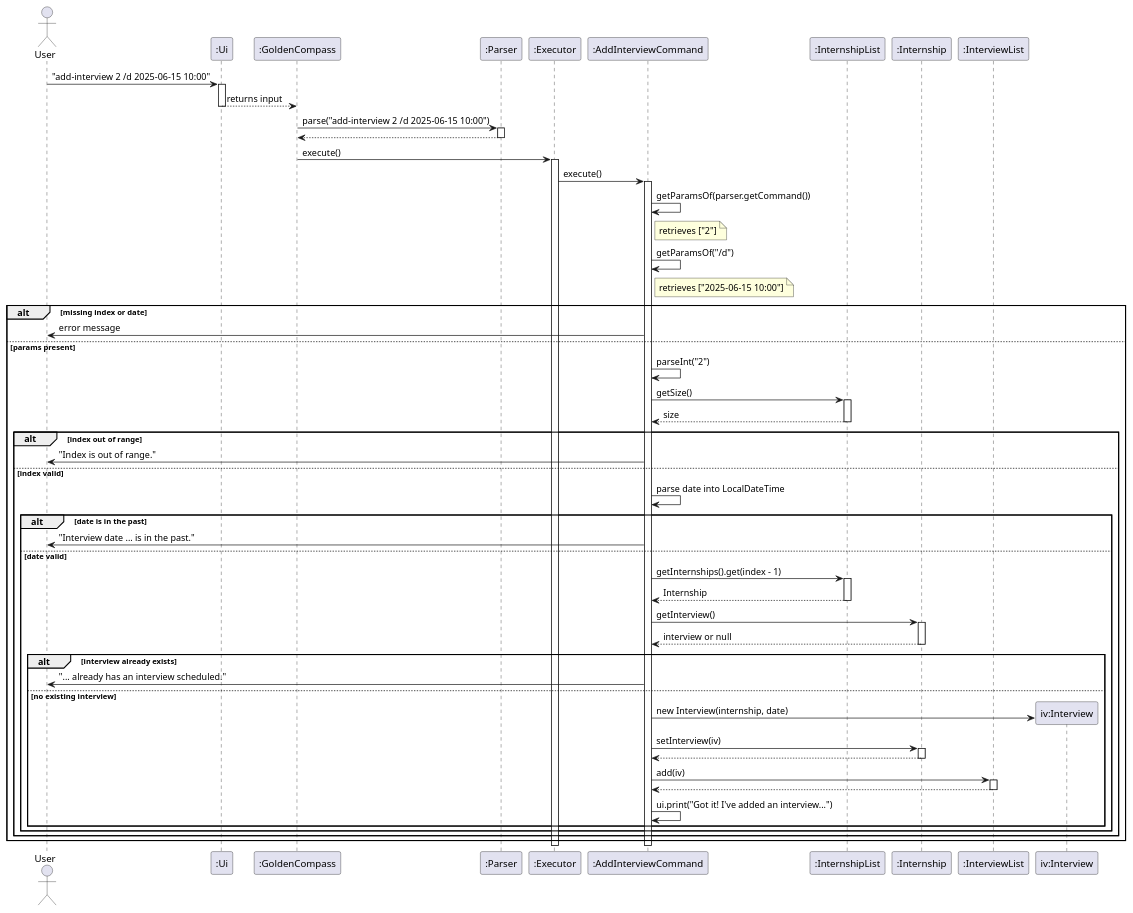
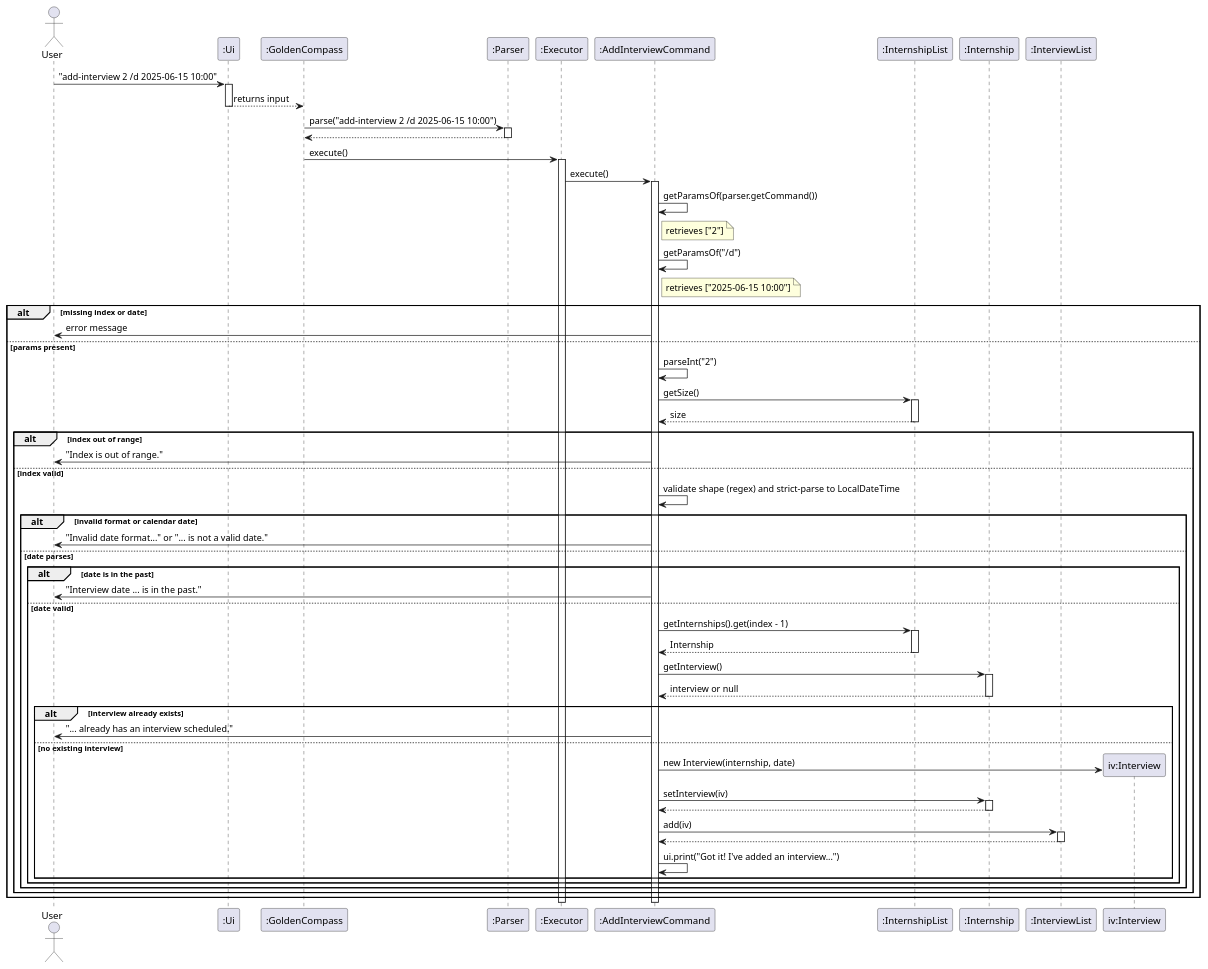
The diagram in docs/diagrams/AddInterviewSequenceDiagram.puml (AY2526S2-CS2113-W10-4/tp), drawn with PlantUML before and after one commit. The commit also changed 5 other files, not shown here.

```diff
--- a/docs/diagrams/AddInterviewSequenceDiagram.puml
+++ b/docs/diagrams/AddInterviewSequenceDiagram.puml
@@ -1,84 +1,88 @@
 @startuml
 actor User
 participant ":Ui" as Ui
 participant ":GoldenCompass" as GC
 participant ":Parser" as Parser
 participant ":Executor" as Executor
 participant ":AddInterviewCommand" as AIC
 participant ":InternshipList" as IL
 participant ":Internship" as Intern
 participant ":InterviewList" as IVL
 
 User -> Ui : "add-interview 2 /d 2025-06-15 10:00"
 activate Ui
 Ui --> GC : returns input
 deactivate Ui
 
 GC -> Parser : parse("add-interview 2 /d 2025-06-15 10:00")
 activate Parser
 Parser --> GC
 deactivate Parser
 
 GC -> Executor : execute()
 activate Executor
 Executor -> AIC : execute()
 activate AIC
 
 AIC -> AIC : getParamsOf(parser.getCommand())
 note right of AIC : retrieves ["2"]
 
 AIC -> AIC : getParamsOf("/d")
 note right of AIC : retrieves ["2025-06-15 10:00"]
 
 alt missing index or date
     AIC -> User : error message
 else params present
     AIC -> AIC : parseInt("2")
     AIC -> IL : getSize()
     activate IL
     IL --> AIC : size
     deactivate IL
 
     alt index out of range
         AIC -> User : "Index is out of range."
     else index valid
-        AIC -> AIC : parse date into LocalDateTime
+        AIC -> AIC : validate shape (regex) and strict-parse to LocalDateTime
 
-        alt date is in the past
-            AIC -> User : "Interview date ... is in the past."
-        else date valid
-            AIC -> IL : getInternships().get(index - 1)
+        alt invalid format or calendar date
+            AIC -> User : "Invalid date format..." or "... is not a valid date."
+        else date parses
+            alt date is in the past
+                AIC -> User : "Interview date ... is in the past."
+            else date valid
+                AIC -> IL : getInternships().get(index - 1)
             activate IL
             IL --> AIC : Internship
             deactivate IL
 
             AIC -> Intern : getInterview()
             activate Intern
             Intern --> AIC : interview or null
             deactivate Intern
 
             alt interview already exists
                 AIC -> User : "... already has an interview scheduled."
             else no existing interview
                 create "iv:Interview" as IV
                 AIC -> IV : new Interview(internship, date)
 
                 AIC -> Intern : setInterview(iv)
                 activate Intern
                 Intern --> AIC
                 deactivate Intern
 
                 AIC -> IVL : add(iv)
                 activate IVL
                 IVL --> AIC
                 deactivate IVL
 
                 AIC -> AIC : ui.print("Got it! I've added an interview...")
             end
         end
     end
+    end
 end
 
 deactivate AIC
 deactivate Executor
 @enduml
```
